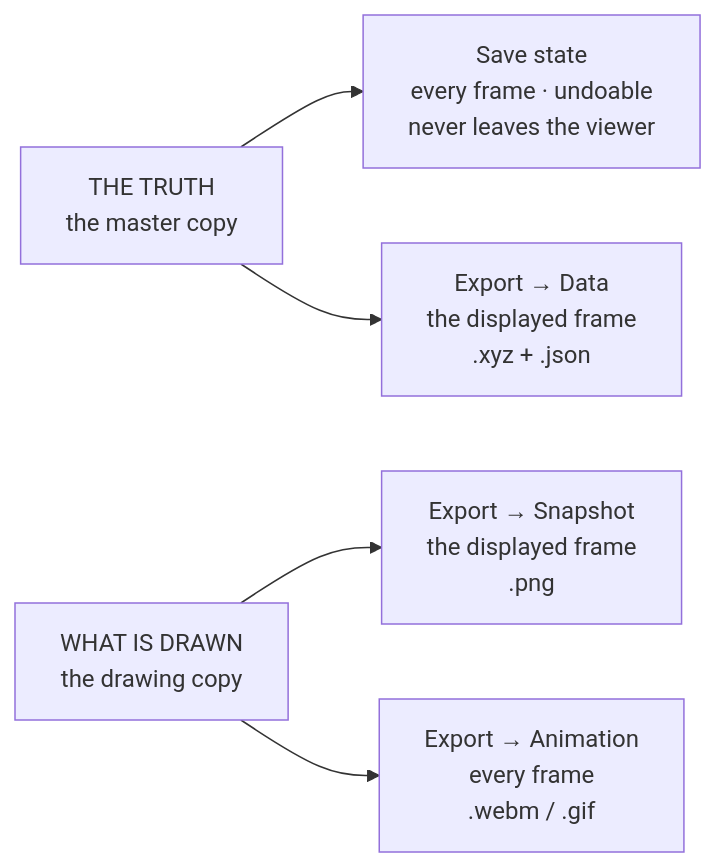
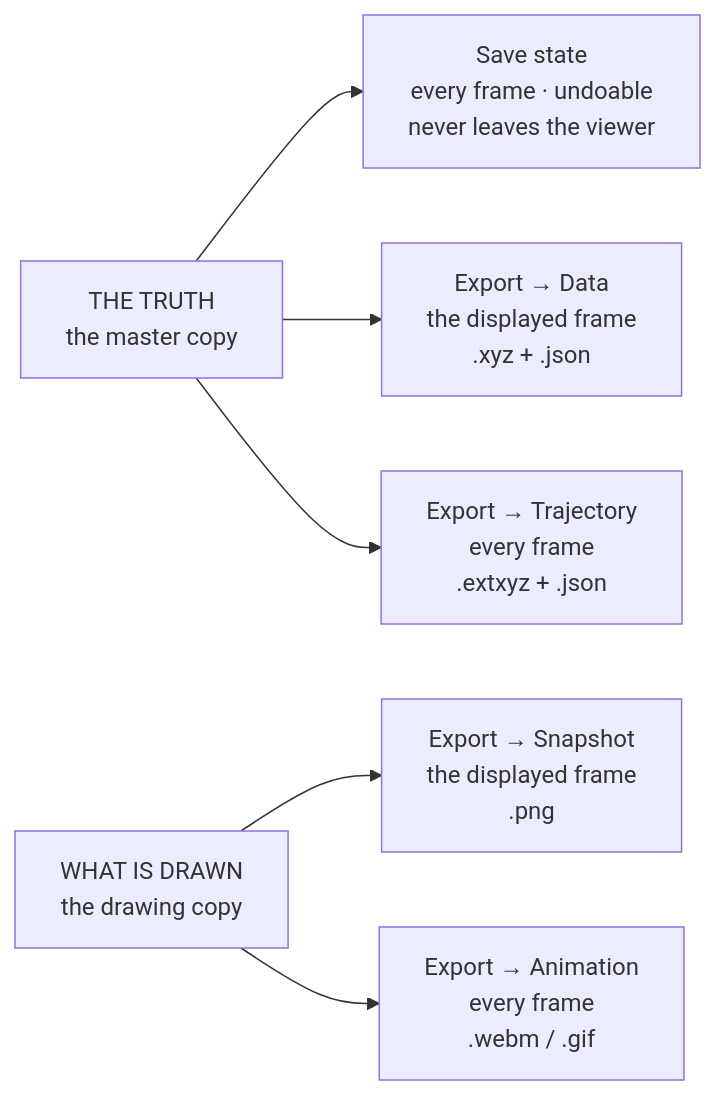
One commit to Qing-LAB/molbuilder changed the tenth of 10 diagrams in docs/web/molview.md. Above: the diagram before and after it, drawn with Mermaid. The commit also changed other lines of this file, not shown here.

````diff
--- a/docs/web/molview.md
+++ b/docs/web/molview.md
@@ -2393,13 +2397,15 @@
 ```mermaid
 flowchart LR
     T["THE TRUTH<br/>the master copy"]
     V["WHAT IS DRAWN<br/>the drawing copy"]
     S["Save state<br/>every frame · undoable<br/>never leaves the viewer"]
     D["Export → Data<br/>the displayed frame<br/>.xyz + .json"]
+    J["Export → Trajectory<br/>every frame<br/>.extxyz + .json"]
     P["Export → Snapshot<br/>the displayed frame<br/>.png"]
     A["Export → Animation<br/>every frame<br/>.webm / .gif"]
     T --> S
     T --> D
+    T --> J
     V --> P
     V --> A
 ```
````
